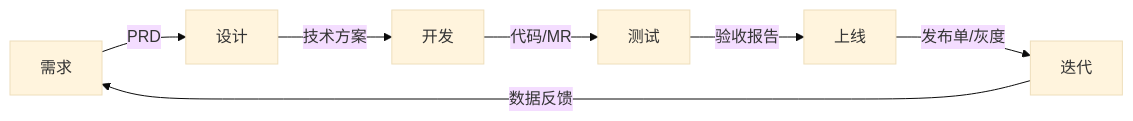
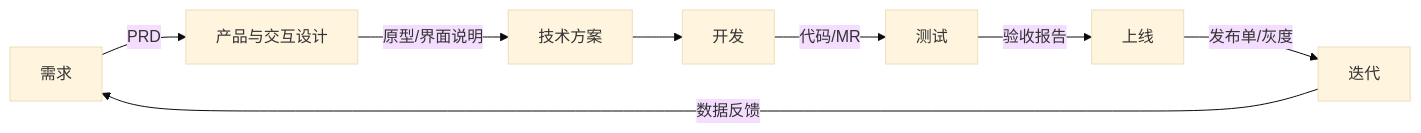
One commit to AI-PM-Wiki/AIPM changed the first of 6 diagrams in docs/tech/dev-flow.md. Above: the diagram before and after it, drawn with Mermaid (base theme). The commit also changed other lines of this file and 248 other files, not shown here.

````diff
--- a/docs/tech/dev-flow.md
+++ b/docs/tech/dev-flow.md
@@ -13,9 +13,10 @@
 ```mermaid
 flowchart LR
-    req[需求] -->|PRD| des[设计]
-    des -->|技术方案| dev[开发]
+    req[需求] -->|PRD| ux[产品与交互设计]
+    ux -->|原型/界面说明| des[技术方案]
+    des --> dev[开发]
     dev -->|代码/MR| tst[测试]
     tst -->|验收报告| rel[上线]
     rel -->|发布单/灰度| iter[迭代]
     iter -->|数据反馈| req
 ```
````
